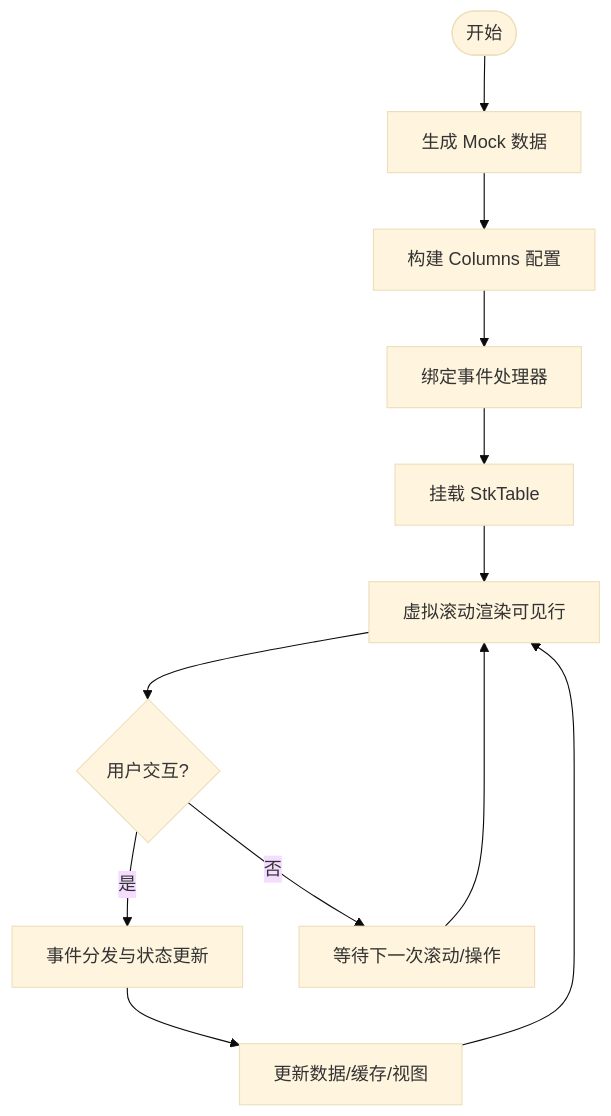
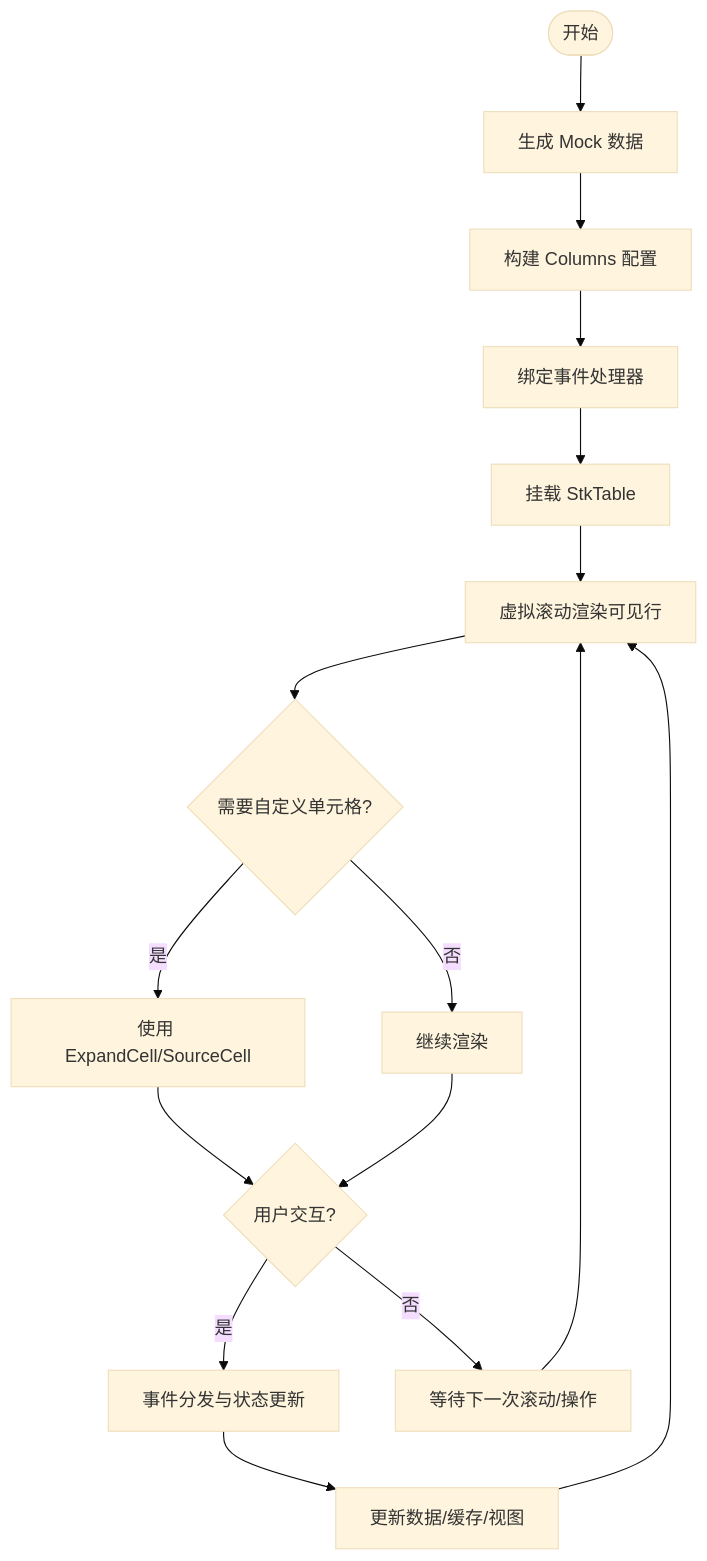
The third of 12 diagrams in .qoder/repowiki/zh/content/示例演示/大数据处理示例.md (ja-plus/stk-table-vue), drawn with Mermaid (base theme) before and after one commit. The commit also changed other lines of this file and 56 other files, not shown here.

````diff
--- a/.qoder/repowiki/zh/content/示例演示/大数据处理示例.md
+++ b/.qoder/repowiki/zh/content/示例演示/大数据处理示例.md
@@ -186,14 +204,18 @@
 ```mermaid
 flowchart TD
 Start(["开始"]) --> GenMock["生成 Mock 数据"]
 GenMock --> BuildCols["构建 Columns 配置"]
 BuildCols --> BindEvents["绑定事件处理器"]
 BindEvents --> Mount["挂载 StkTable"]
 Mount --> Render["虚拟滚动渲染可见行"]
-Render --> Interact{"用户交互?"}
+Render --> CustomCell{"需要自定义单元格?"}
+CustomCell --> |是| UseCC["使用 ExpandCell/SourceCell"]
+CustomCell --> |否| Continue["继续渲染"]
+UseCC --> Interact{"用户交互?"}
+Continue --> Interact
 Interact --> |是| HandleEvt["事件分发与状态更新"]
 Interact --> |否| Wait["等待下一次滚动/操作"]
 HandleEvt --> Update["更新数据/缓存/视图"]
 Update --> Render
 Wait --> Render
 ```
````
